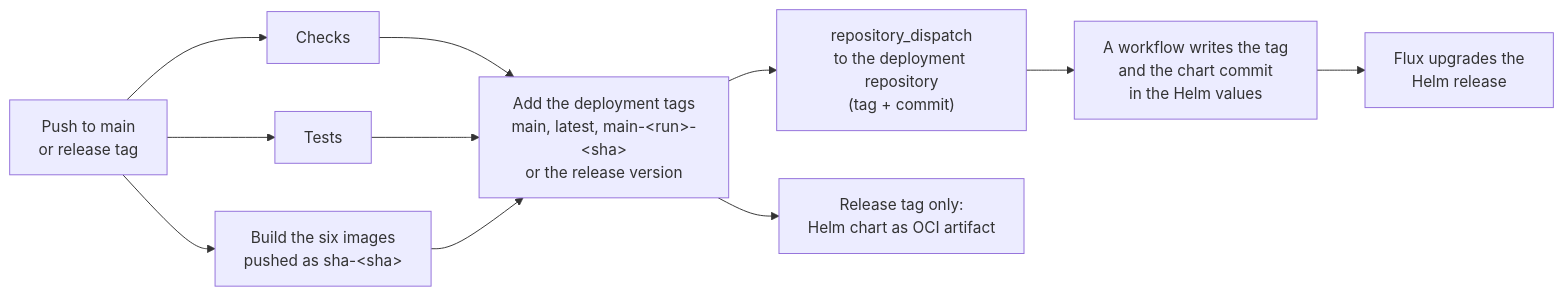
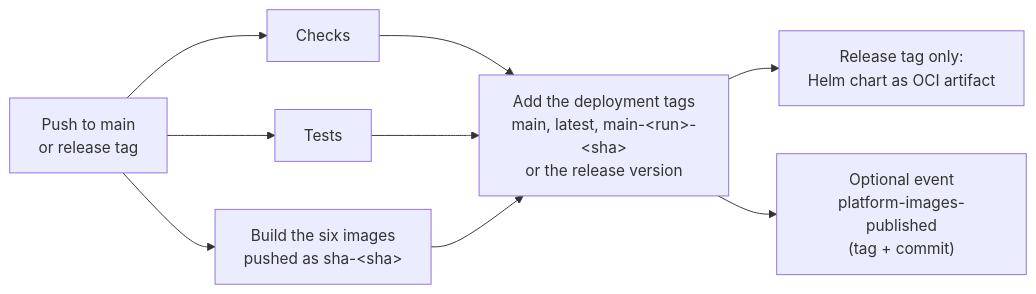
The third of 3 diagrams in docs/architecture.md (bayesimpact/bayes-platform), drawn with Mermaid before and after one commit. The commit also changed other lines of this file, not shown here.

First line of the commit message:
docs: make the deployment section agnostic

````diff
--- a/docs/architecture.md
+++ b/docs/architecture.md
@@ -157,13 +151,11 @@
 ```mermaid
 flowchart LR
     PUSH["Push to main<br/>or release tag"] --> CHECKS["Checks"]
     PUSH --> TEST["Tests"]
     PUSH --> BUILD["Build the six images<br/>pushed as sha-&lt;sha&gt;"]
     CHECKS --> PUBLISH
     TEST --> PUBLISH
     BUILD --> PUBLISH["Add the deployment tags<br/>main, latest, main-&lt;run&gt;-&lt;sha&gt;<br/>or the release version"]
-    PUBLISH --> NOTIFY["repository_dispatch<br/>to the deployment repository<br/>(tag + commit)"]
     PUBLISH --> CHART["Release tag only:<br/>Helm chart as OCI artifact"]
-    NOTIFY --> PR["A workflow writes the tag<br/>and the chart commit<br/>in the Helm values"]
-    PR --> FLUX["Flux upgrades the<br/>Helm release"]
+    PUBLISH --> NOTIFY["Optional event<br/>platform-images-published<br/>(tag + commit)"]
 ```
````
